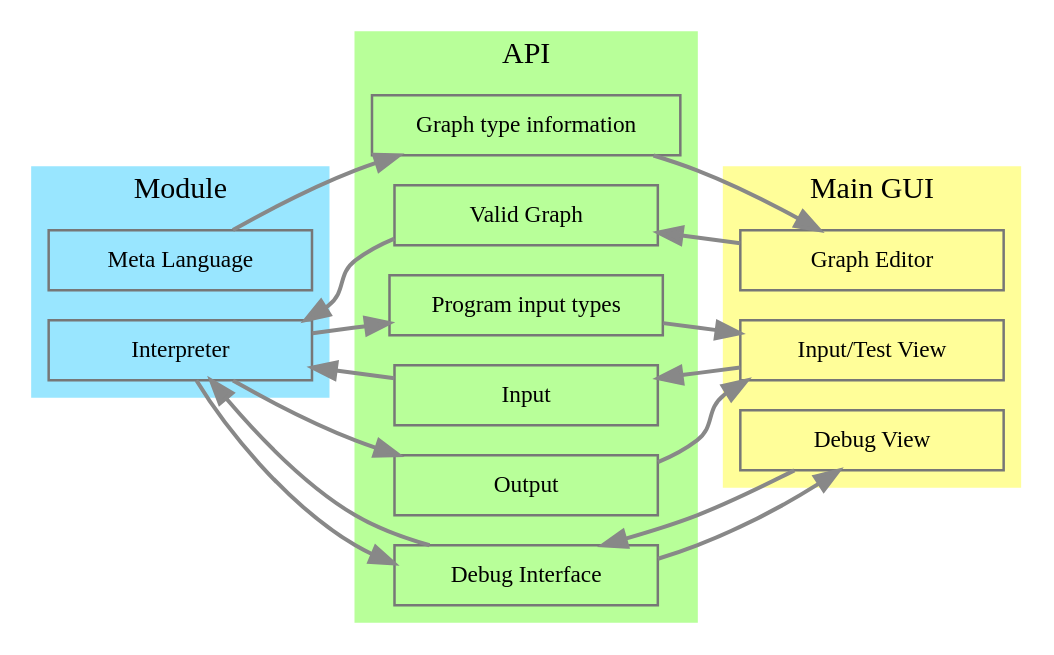
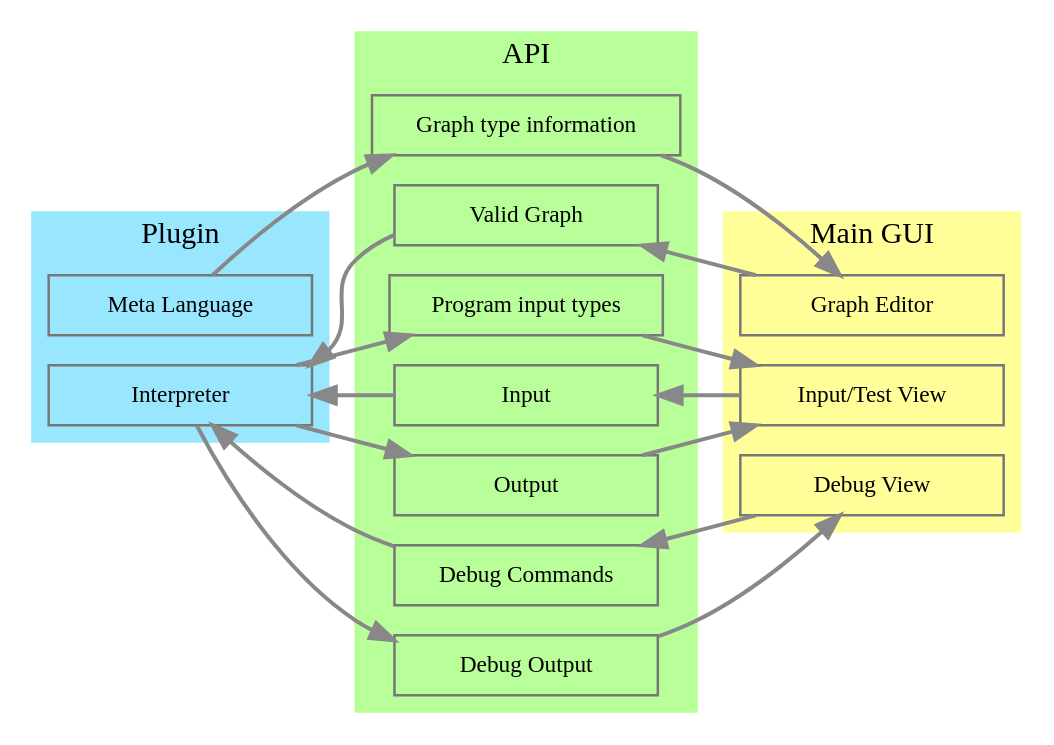
One commit to 2graphic/graph-interpreter changed the diagram in pictures/architecture.dot. Above: the diagram before and after it, drawn with Graphviz. The commit also changed 2 other files, not shown here.

```diff
--- a/pictures/architecture.dot
+++ b/pictures/architecture.dot
@@ -1,47 +1,47 @@
 digraph G {
 	// global graph settings
 	margin="0"; rankdir="LR"; splines=spline; node [shape="rect"];
 	edge [color="#888888", style=solid, arrowsize=1.4, penwidth=2.4];
 	node [style="solid", color="#777777", width=2.2; penwidth=1.5];
 
 	subgraph sections {
 		margin="10"; rankdir="TB"; fontname="times bold"; fontsize="18"; style=filled; 
 		subgraph cluster_0 {
 			color="#fffe99";
 			label = "Main GUI";
 
 			"Graph Editor";
 			"Input View" [label="Input/Test View"];
 			"Debug View";
 		}
 
 		subgraph cluster_1 {
 			label = "API"; 
 			color="#b8ff99";
 
 			"Graph type information";
 			"Valid Graph";
 			"Program input types";
-			"Debug Interface";
 			"Input";
 			"Output";
+			"Debug Commands";
+			"Debug Output";
 		}
 
 		subgraph cluster_2 {
-			label = "Module";
+			label = "Plugin";
 			color="#99e6ff";
 
 			"Meta Language";
 			"Interpreter";
 		}
 	}
 
 	"Meta Language" -> "Graph type information" -> "Graph Editor";
 	"Graph Editor" -> "Valid Graph" -> "Interpreter";
 	"Interpreter" -> "Program input types" -> "Input View";
-	Interpreter -> "Debug Interface" -> "Debug View";
-	"Debug View" -> "Debug Interface" -> Interpreter;
-
 	"Input View" -> Input -> Interpreter;
 	Interpreter -> Output -> "Input View";
+	"Debug View" -> "Debug Commands" -> Interpreter;
+	Interpreter -> "Debug Output" -> "Debug View";
 }
```
